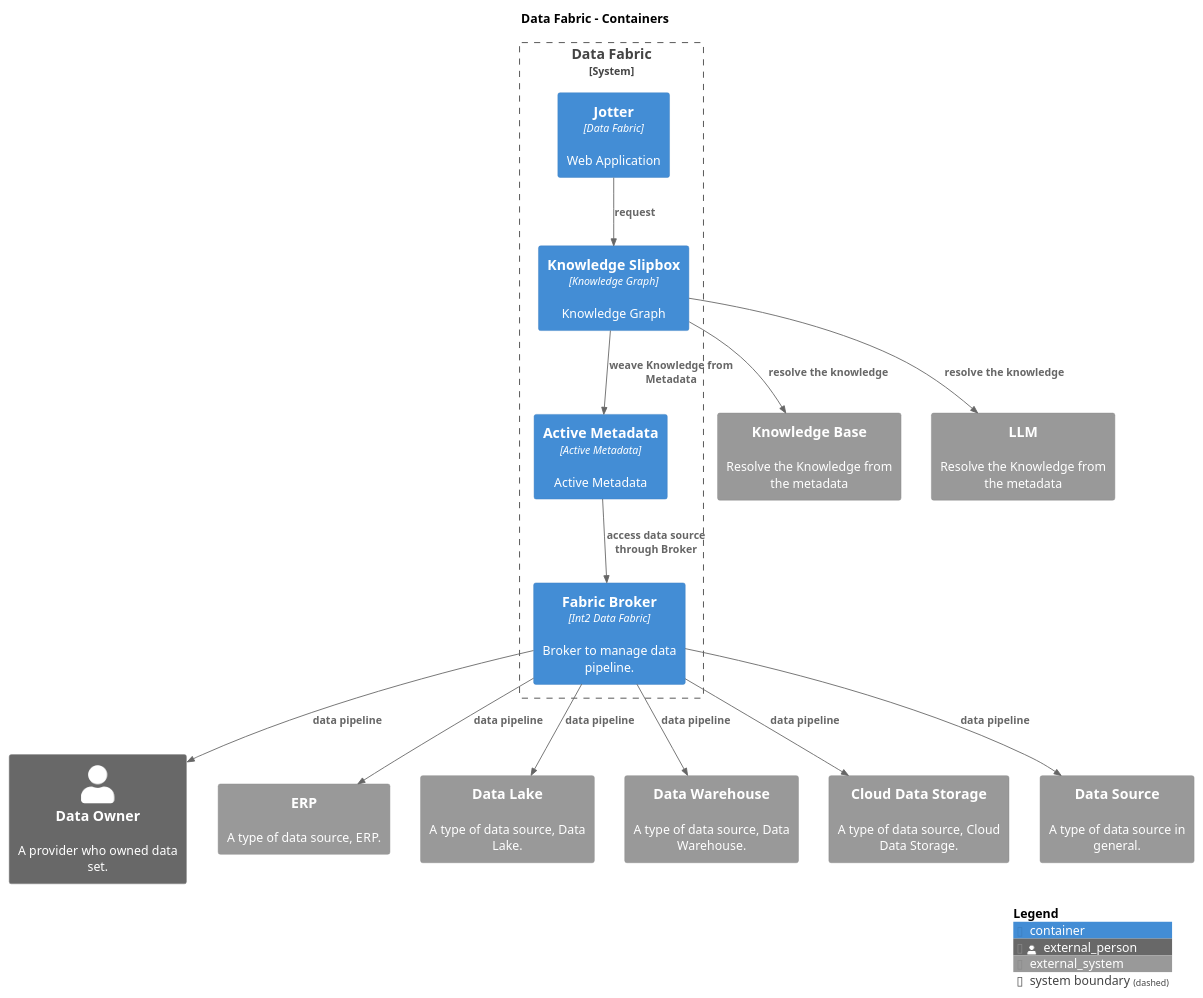
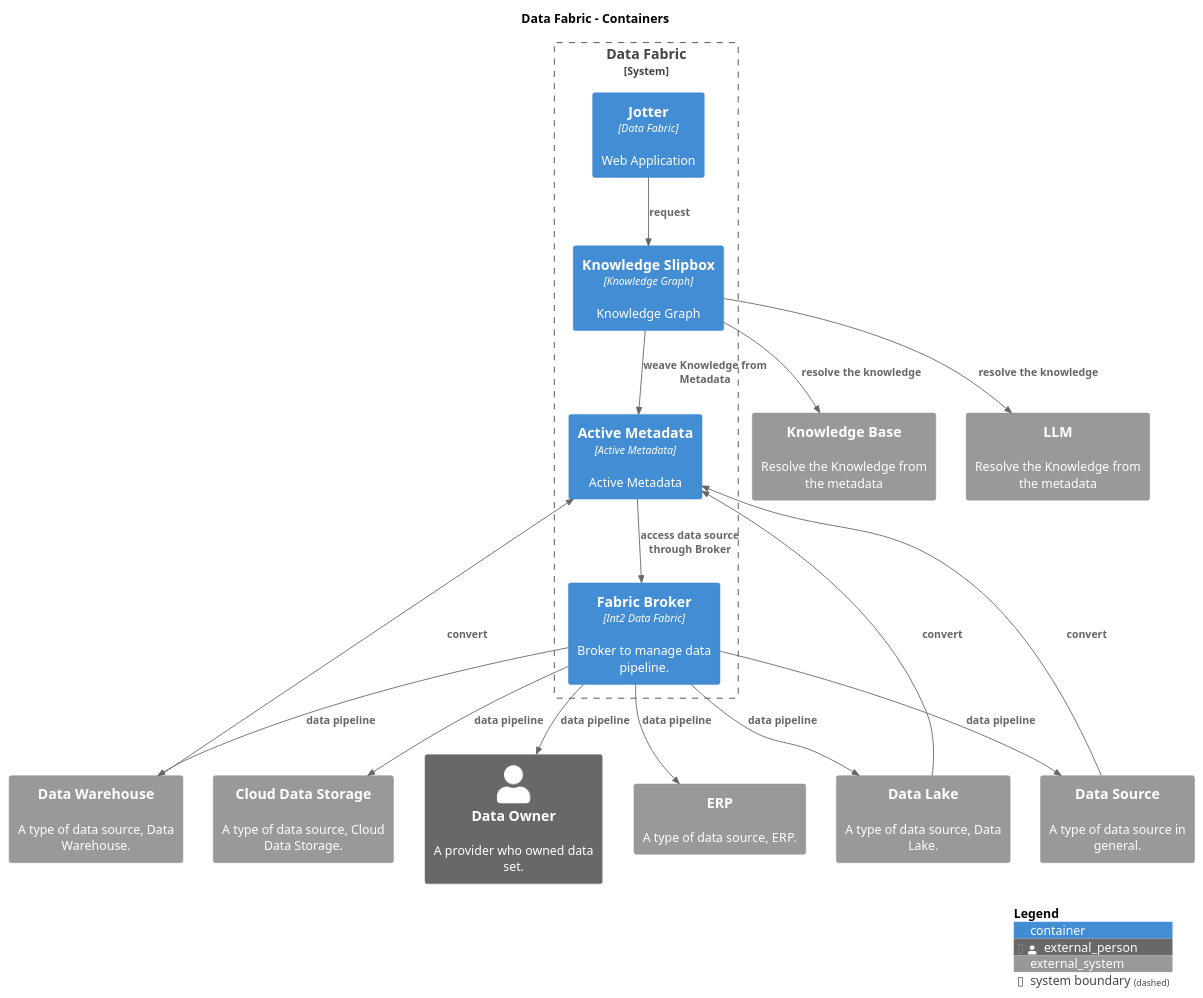
The diagram in puml/Containers-Containers.puml (IntellectusCorp/data-fabric-docs), drawn with PlantUML before and after one commit. The commit also changed 36 other files, not shown here.

Commit message:
Deploying to gh-pages from @ IntellectusCorp/data-fabric-docs@0f1d18046c5fe9a4fe7968b0c12b49d08b7dcc13 🚀

```diff
--- a/puml/Containers-Containers.puml
+++ b/puml/Containers-Containers.puml
@@ -1,42 +1,45 @@
 @startuml
 set separator none
 title Data Fabric - Containers
 
 top to bottom direction
 
 !include <C4/C4>
 !include <C4/C4_Context>
 !include <C4/C4_Container>
 
 skinparam svgDimensionStyle false
 skinparam preserveAspectRatio meet
 Person_Ext(DataOwner, "Data Owner", "A provider who owned data set.", $tags="")
 System_Ext(ERP, "ERP", "A type of data source, ERP.", $tags="")
 System_Ext(DataLake, "Data Lake", "A type of data source, Data Lake.", $tags="")
 System_Ext(DataWarehouse, "Data Warehouse", "A type of data source, Data Warehouse.", $tags="")
 System_Ext(CloudDataStorage, "Cloud Data Storage", "A type of data source, Cloud Data Storage.", $tags="")
 System_Ext(DataSource, "Data Source", "A type of data source in general.", $tags="")
 System_Ext(KnowledgeBase, "Knowledge Base", "Resolve the Knowledge from the metadata", $tags="")
 System_Ext(LLM, "LLM", "Resolve the Knowledge from the metadata", $tags="")
 
 System_Boundary("DataFabric_boundary", "Data Fabric", $tags="") {
   Container(DataFabric.Jotter, "Jotter", "Data Fabric", "Web Application", $tags="")
   Container(DataFabric.KnowledgeSlipbox, "Knowledge Slipbox", "Knowledge Graph", "Knowledge Graph", $tags="")[[../component/]]
   Container(DataFabric.ActiveMetadata, "Active Metadata", "Active Metadata", "Active Metadata", $tags="")[[../component/]]
   Container(DataFabric.FabricBroker, "Fabric Broker", "Int2 Data Fabric", "Broker to manage data pipeline.", $tags="")
 }
 
 Rel_D(DataFabric.Jotter, DataFabric.KnowledgeSlipbox, "request", $tags="")
 Rel_D(DataFabric.KnowledgeSlipbox, DataFabric.ActiveMetadata, "weave Knowledge from Metadata", $tags="")
 Rel_D(DataFabric.KnowledgeSlipbox, KnowledgeBase, "resolve the knowledge", $tags="")
 Rel_D(DataFabric.KnowledgeSlipbox, LLM, "resolve the knowledge", $tags="")
 Rel_D(DataFabric.FabricBroker, DataOwner, "data pipeline", $tags="")
 Rel_D(DataFabric.FabricBroker, ERP, "data pipeline", $tags="")
 Rel_D(DataFabric.FabricBroker, DataLake, "data pipeline", $tags="")
 Rel_D(DataFabric.FabricBroker, DataWarehouse, "data pipeline", $tags="")
 Rel_D(DataFabric.FabricBroker, CloudDataStorage, "data pipeline", $tags="")
 Rel_D(DataFabric.FabricBroker, DataSource, "data pipeline", $tags="")
 Rel_D(DataFabric.ActiveMetadata, DataFabric.FabricBroker, "access data source through Broker", $tags="")
+Rel_D(DataLake, DataFabric.ActiveMetadata, "convert", $tags="")
+Rel_D(DataWarehouse, DataFabric.ActiveMetadata, "convert", $tags="")
+Rel_D(DataSource, DataFabric.ActiveMetadata, "convert", $tags="")
 
 SHOW_LEGEND(true)
 @enduml
```
